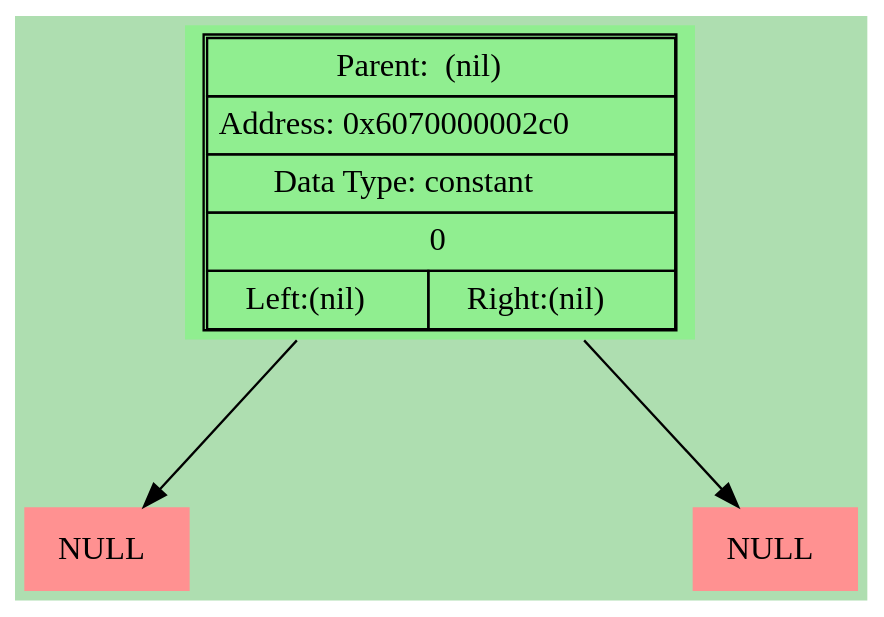
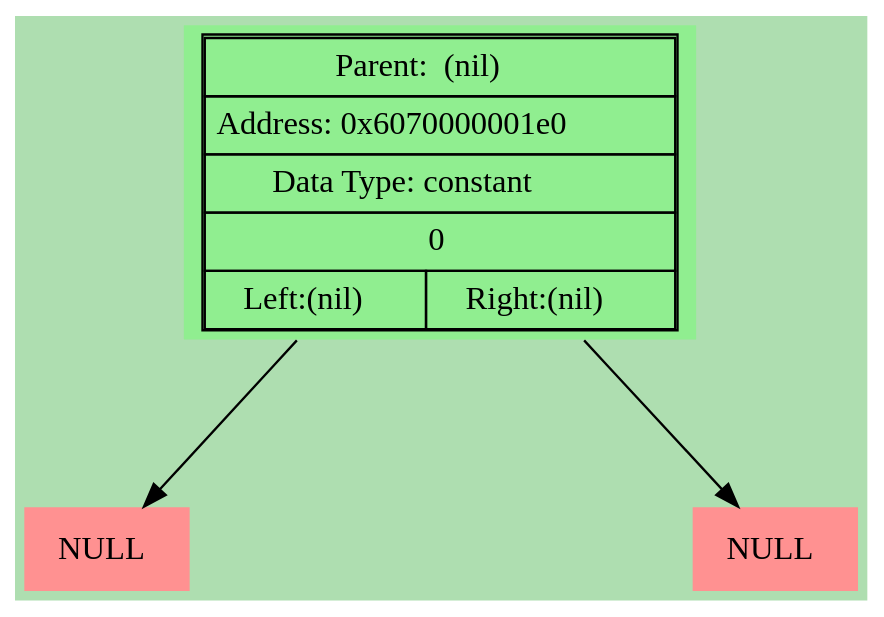
Before and after one commit to bgclutch/differentiator_ded: the diagram in dumps/graphic_dump.dot, drawn with Graphviz. The commit also changed 9 other files, not shown here.

```diff
--- a/dumps/graphic_dump.dot
+++ b/dumps/graphic_dump.dot
@@ -1,30 +1,30 @@
 digraph LIST{
 harset = "UTF-8";
 node [shape=plaintext];
 bgcolor = "#0000aa";
 fontcolor = black;
 fontsize = 18;
 style = "italic";
 margin = 1;
 ranksep = 1;
 nodesep = 3;
 bgcolor = "#aedeb0";
-"0x6070000002f8" [style = "filled", fillcolor = "#ff9191", label=<
+"0x607000000218" [style = "filled", fillcolor = "#ff9191", label=<
 <table border = "0" cellspacing="2" cellpadding="4">
 <tr><td>NULL</td></tr></table>>];
 
-"0x6070000002c0" -> "0x6070000002f8";
-"0x607000000300" [style = "filled", fillcolor = "#ff9191", label=<
+"0x6070000001e0" -> "0x607000000218";
+"0x607000000220" [style = "filled", fillcolor = "#ff9191", label=<
 <table border = "0" cellspacing="2" cellpadding="4">
 <tr><td>NULL</td></tr></table>>];
 
-"0x6070000002c0" -> "0x607000000300";
-"0x6070000002c0" [style = "filled", fillcolor = "lightgreen",label=<
+"0x6070000001e0" -> "0x607000000220";
+"0x6070000001e0" [style = "filled", fillcolor = "lightgreen",label=<
 <table border="1" cellspacing="0" cellpadding="4">
 <tr><td colspan="2">Parent:  (nil)</td></tr>
-<tr><td colspan="2">Address: 0x6070000002c0</td></tr>
+<tr><td colspan="2">Address: 0x6070000001e0</td></tr>
 <tr><td colspan="2">Data Type: constant</td></tr>
 <tr><td colspan="2">0</td></tr>
 <tr><td align = "center" >Left:(nil)</td><td align = "center" >Right:(nil)</td></tr></table>>];
 
 }
```
